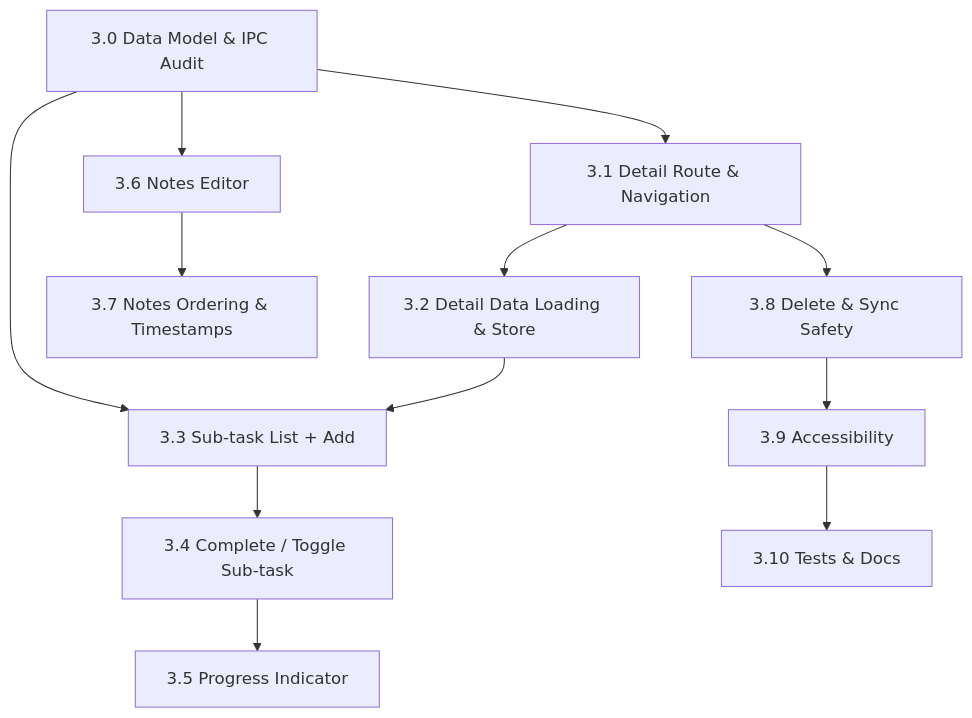
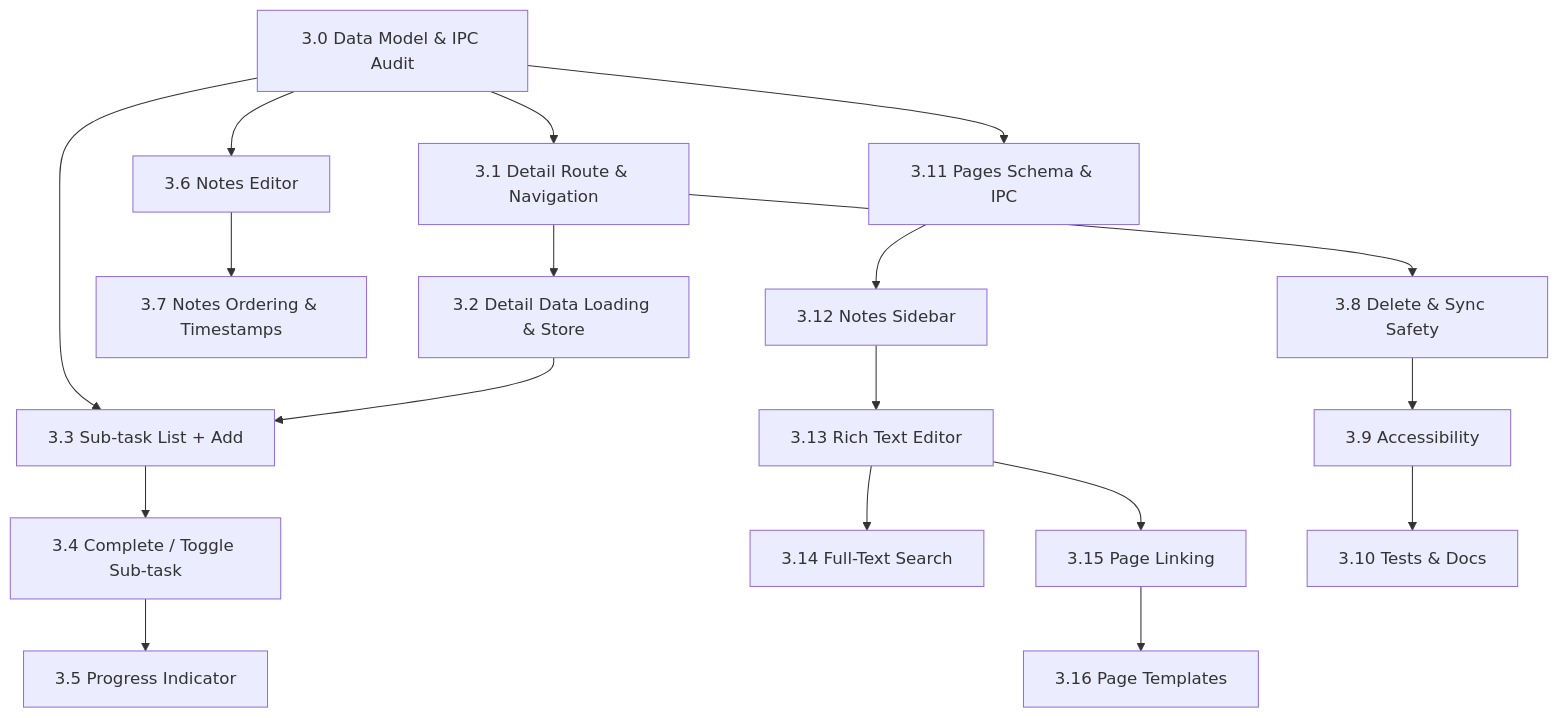
Before and after one commit to DevonYuan/CourseFlow: the diagram in docs/tickets/phase3/README.md, drawn with Mermaid. The commit also changed other lines of this file and 6 other files, not shown here.

````diff
--- a/docs/tickets/phase3/README.md
+++ b/docs/tickets/phase3/README.md
@@ -147,16 +165,23 @@
 ```mermaid
 flowchart TD
     T3_0[3.0 Data Model & IPC Audit] --> T3_1[3.1 Detail Route & Navigation]
     T3_0 --> T3_3[3.3 Sub-task List + Add]
     T3_0 --> T3_6[3.6 Notes Editor]
+    T3_0 --> T3_11[3.11 Pages Schema & IPC]
 
     T3_1 --> T3_2[3.2 Detail Data Loading & Store]
     T3_2 --> T3_3
     T3_3 --> T3_4[3.4 Complete / Toggle Sub-task]
     T3_4 --> T3_5[3.5 Progress Indicator]
     T3_6 --> T3_7[3.7 Notes Ordering & Timestamps]
 
+    T3_11 --> T3_12[3.12 Notes Sidebar]
+    T3_12 --> T3_13[3.13 Rich Text Editor]
+    T3_13 --> T3_14[3.14 Full-Text Search]
+    T3_13 --> T3_15[3.15 Page Linking]
+    T3_15 --> T3_16[3.16 Page Templates]
+
     T3_1 --> T3_8[3.8 Delete & Sync Safety]
     T3_8 --> T3_9[3.9 Accessibility]
     T3_9 --> T3_10[3.10 Tests & Docs]
 ```
````
